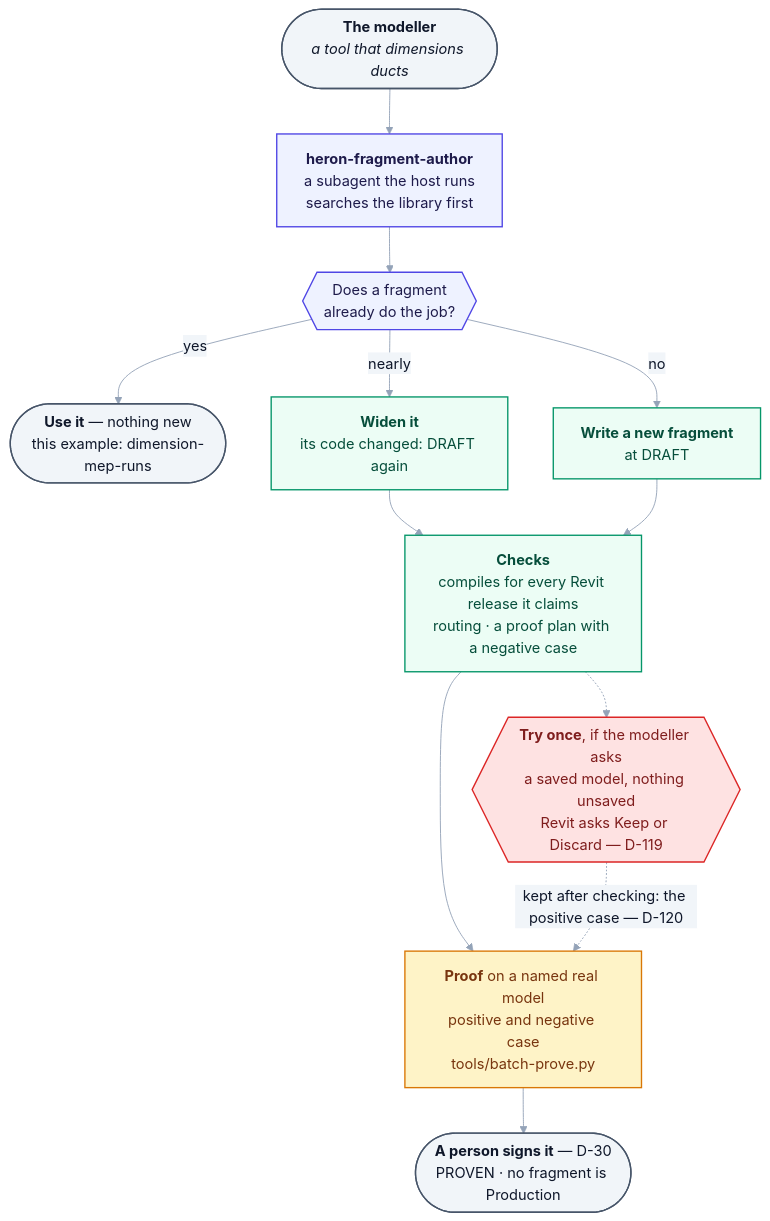
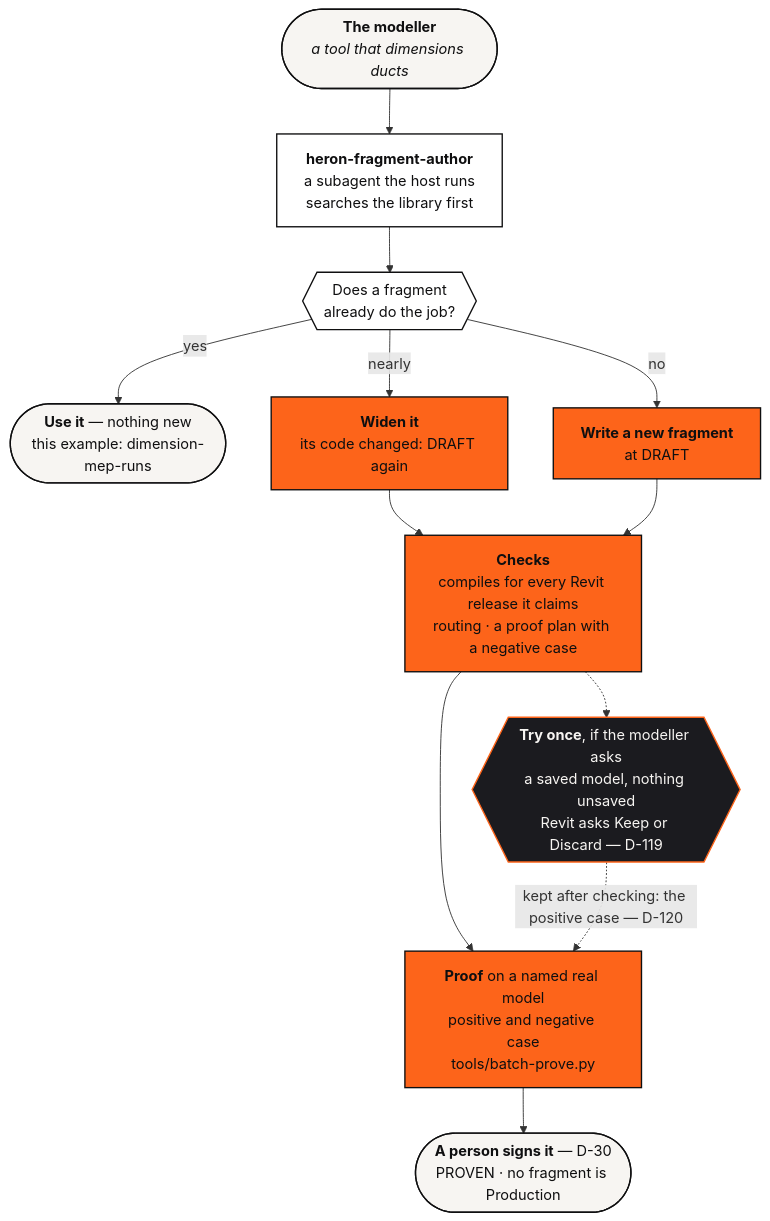
The fourth of 4 diagrams in docs/00-master-specification.md (Ajmalpshaik/Heron-AI), drawn with Mermaid before and after one commit. The commit also changed other lines of this file and 44 other files, not shown here.

First line of the commit message:
Diagrams in the other docs move to the brand palette (D-149, #1116)

````diff
--- a/docs/00-master-specification.md
+++ b/docs/00-master-specification.md
@@ -2248,33 +2245,32 @@
 ```mermaid
-%%{init: {"themeVariables": {"edgeLabelBackground":"#F1F5F9","lineColor":"#94A3B8","textColor":"#0F172A","tertiaryTextColor":"#0F172A"}}}%%
 flowchart TD
     U(["<b>The modeller</b><br/><i>a tool that dimensions ducts</i>"])
     FA["<b>heron-fragment-author</b><br/>a subagent the host runs<br/>searches the library first"]
     EX{{"Does a fragment<br/>already do the job?"}}
     USE(["<b>Use it</b> — nothing new<br/>this example: dimension-mep-runs"])
     WI["<b>Widen it</b><br/>its code changed: DRAFT again"]
     NW["<b>Write a new fragment</b><br/>at DRAFT"]
     CK["<b>Checks</b><br/>compiles for every Revit release it claims<br/>routing · a proof plan with a negative case"]
     TRY{{"<b>Try once</b>, if the modeller asks<br/>a saved model, nothing unsaved<br/>Revit asks Keep or Discard — D-119"}}
     PR["<b>Proof</b> on a named real model<br/>positive and negative case<br/>tools/batch-prove.py"]
     SG(["<b>A person signs it</b> — D-30<br/>PROVEN · no fragment is Production"])
 
     U --> FA --> EX
     EX -->|yes| USE
     EX -->|nearly| WI --> CK
     EX -->|no| NW --> CK
     CK --> PR --> SG
     CK -.-> TRY
     TRY -.->|"kept after checking: the positive case — D-120"| PR
 
-    classDef user fill:#F1F5F9,stroke:#475569,stroke-width:1.5px,color:#0F172A
-    classDef host fill:#EEF2FF,stroke:#4F46E5,stroke-width:1.5px,color:#1E1B4B
-    classDef brain fill:#ECFDF5,stroke:#059669,stroke-width:1.5px,color:#064E3B
-    classDef addin fill:#FEF3C7,stroke:#D97706,stroke-width:1.5px,color:#78350F
-    classDef revit fill:#FEE2E2,stroke:#DC2626,stroke-width:1.5px,color:#7F1D1D
+    classDef user fill:#F7F5F2,stroke:#0F0F10,stroke-width:1.5px,color:#0F0F10
+    classDef host fill:#FFFFFF,stroke:#0F0F10,stroke-width:1.5px,color:#0F0F10
+    classDef brain fill:#FD641A,stroke:#0F0F10,stroke-width:1.5px,color:#0F0F10
+    classDef addin fill:#FD641A,stroke:#0F0F10,stroke-width:1.5px,color:#0F0F10
+    classDef revit fill:#1B1B1F,stroke:#FD641A,stroke-width:1.5px,color:#F7F5F2
     class U,SG,USE user
     class FA,EX host
     class WI,NW,CK brain
     class TRY revit
     class PR addin
 ```
````
